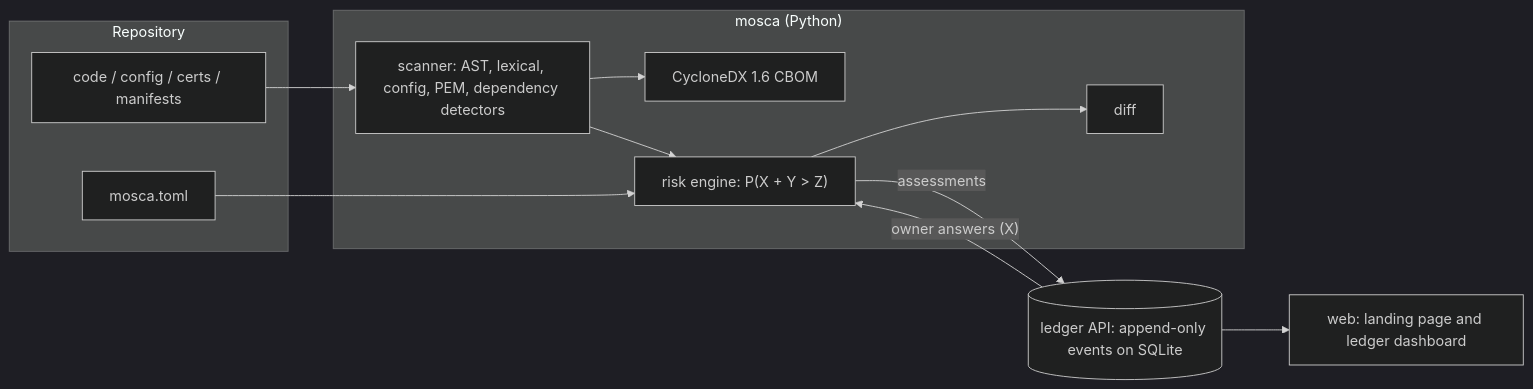
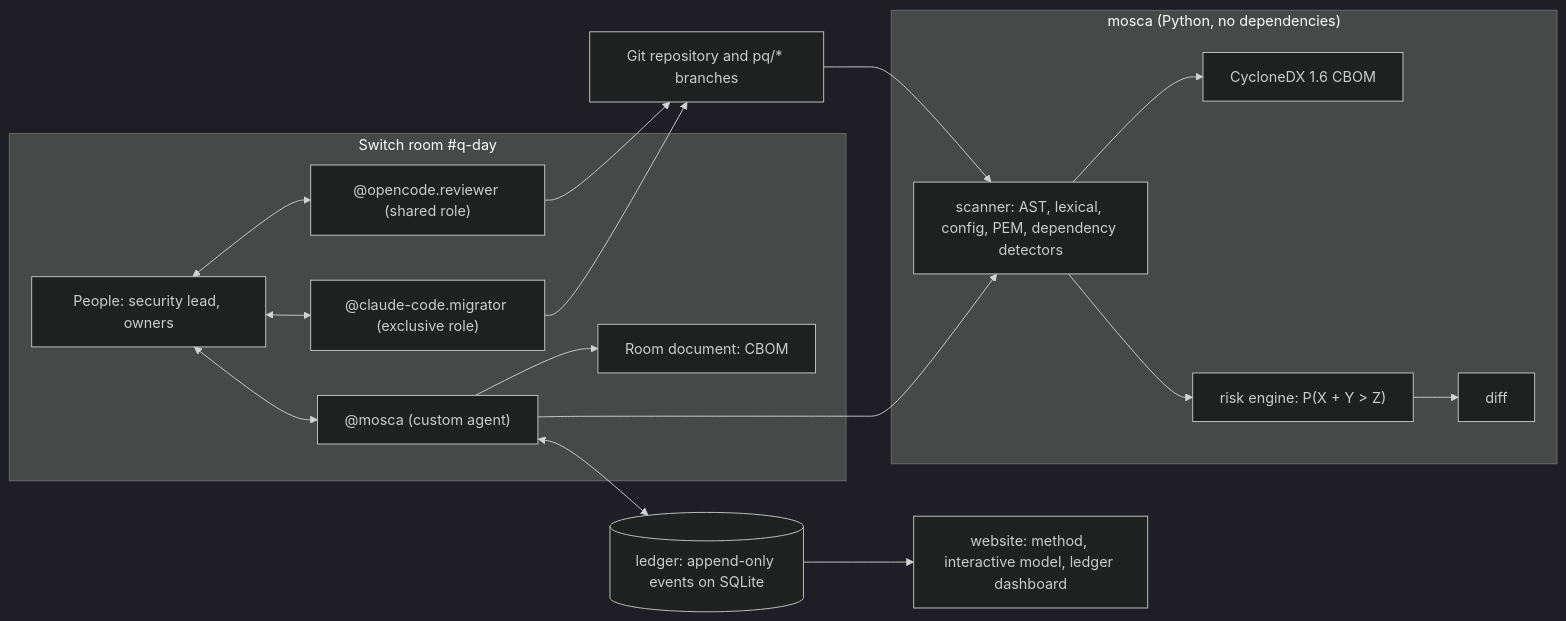
Before and after one commit to opeblow/mosca: the second of 2 diagrams in README.md, drawn with Mermaid (dark theme). The commit also changed other lines of this file, not shown here.

Commit message:
Rewrite the README: the room session, Switch usage, track fit, judging criteria, structure

````diff
--- a/README.md
+++ b/README.md
@@ -182,23 +288,31 @@
 ```mermaid
 flowchart LR
-    subgraph Repo["Repository"]
-        code["code / config / certs / manifests"]
-        policy["mosca.toml"]
+    subgraph Room["Switch room #q-day"]
+        people["People: security lead, owners"]
+        mosca["@mosca (custom agent)"]
+        mig["@claude-code.migrator (exclusive role)"]
+        rev["@opencode.reviewer (shared role)"]
+        doc["Room document: CBOM"]
     end
-    subgraph Core["mosca (Python)"]
+    subgraph Core["mosca (Python, no dependencies)"]
         scanner["scanner: AST, lexical, config, PEM, dependency detectors"]
         cbom["CycloneDX 1.6 CBOM"]
         risk["risk engine: P(X + Y > Z)"]
         diff["diff"]
     end
-    ledger[("ledger API: append-only events on SQLite")]
-    web["web: landing page and ledger dashboard"]
+    repo["Git repository and pq/* branches"]
+    ledger[("ledger: append-only events on SQLite")]
+    web["website: method, interactive model, ledger dashboard"]
 
-    code --> scanner --> cbom
-    scanner --> risk
-    policy --> risk
-    ledger -- "owner answers (X)" --> risk
-    risk -- "assessments" --> ledger
-    risk --> diff
+    people <--> mosca
+    people <--> mig
+    people <--> rev
+    mosca --> doc
+    mosca --> scanner --> cbom
+    scanner --> risk --> diff
+    mig --> repo
+    rev --> repo
+    repo --> scanner
+    mosca <--> ledger
     ledger --> web
 ```
````
